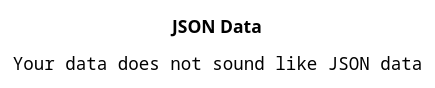
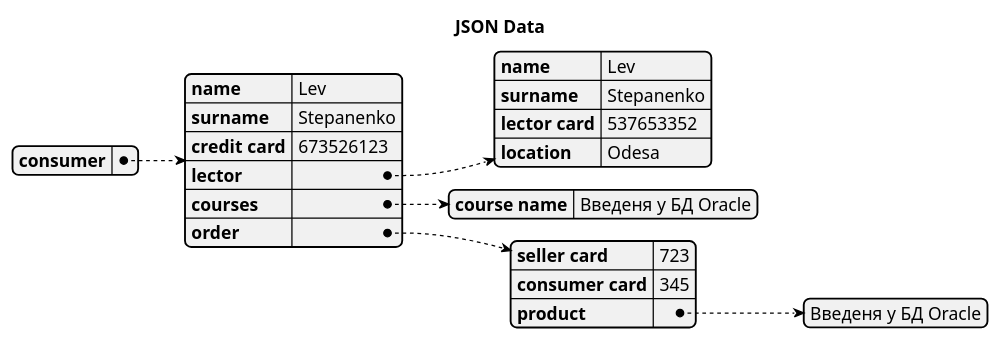
Before and after one commit to oleksandrblazhko/ai201-stepanenko: the diagram in 2-SoftwareDesign/2.7-PlantUML/DataModel.puml, drawn with PlantUML.

```diff
--- a/2-SoftwareDesign/2.7-PlantUML/DataModel.puml
+++ b/2-SoftwareDesign/2.7-PlantUML/DataModel.puml
@@ -1,25 +1,25 @@
 @startjson
 
 title JSON Data
 {
   "сonsumer": {
     "name": "Lev",
     "surname":"Stepanenko",
     "credit card":673526123,
     "lector": {
       	"name": "Lev",
     	"surname":"Stepanenko",
     	"lector card":537653352,
         "location": "Odesa"
     },
     "courses": {
-      "сourse name": "Введеня у БД Oracle",
+      "сourse name": "Введеня у БД Oracle"
     },
     "order": {
       "seller card": 723,
       "consumer card": 345,
       "product": [ "Введеня у БД Oracle"]
     }
   }
 }
 @endjson
```
